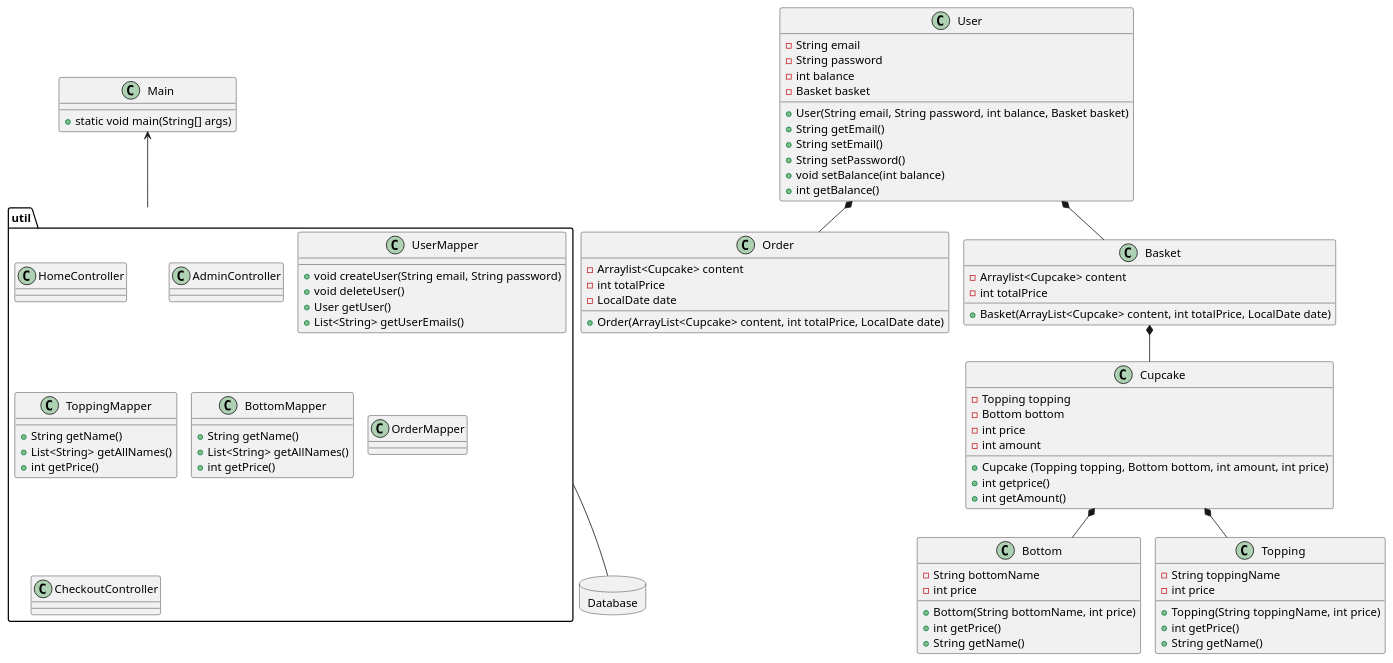
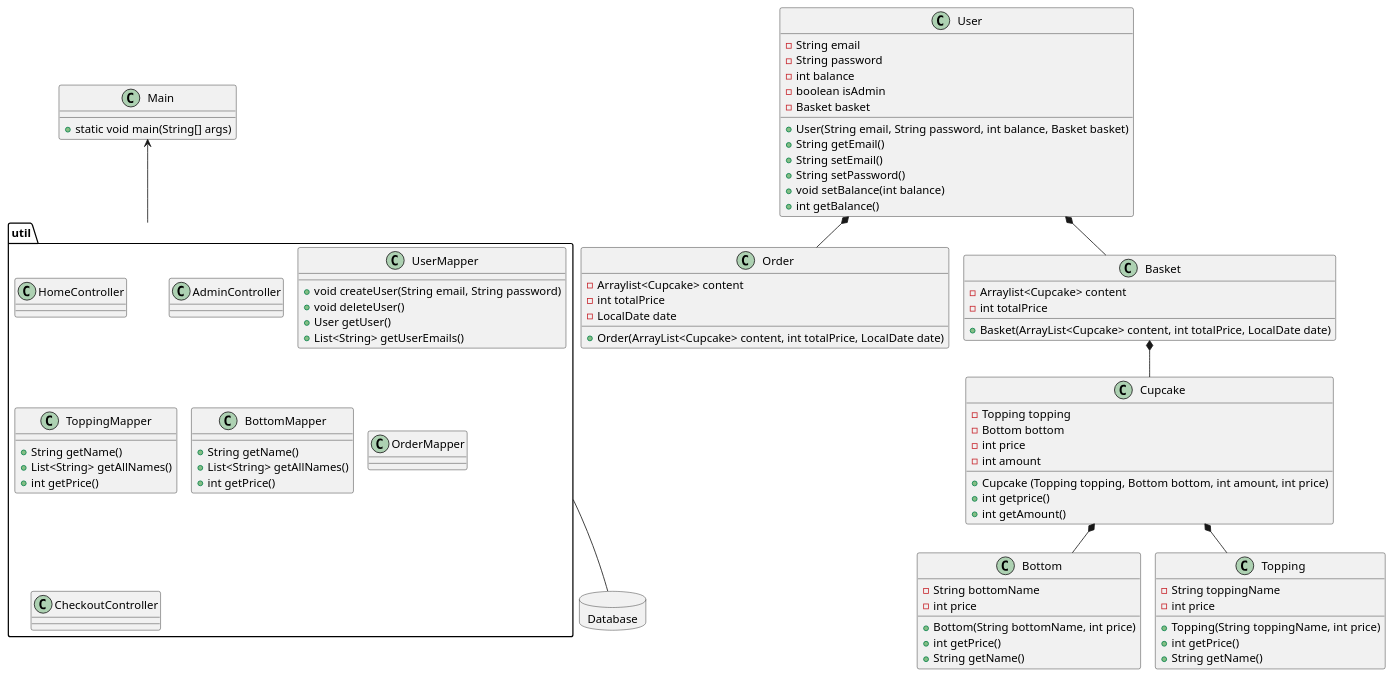
Before and after one commit to ThorSchou/Cupcake: the diagram in doc/classDiagram.puml, drawn with PlantUML. The commit also changed 4 other files, not shown here.

```diff
--- a/doc/classDiagram.puml
+++ b/doc/classDiagram.puml
@@ -1,106 +1,107 @@
 @startuml
 
 !pragma layout smetana
 
 class Main{
    +static void main(String[] args)
 }
 
 database Database{
 }
 
 class Cupcake{
 -Topping topping
 -Bottom bottom
 -int price
 -int amount
 +Cupcake (Topping topping, Bottom bottom, int amount, int price)
 +int getprice()
 +int getAmount()
 }
 
 class Bottom{
 -String bottomName
 -int price
 +Bottom(String bottomName, int price)
 +int getPrice()
 +String getName()
 }
 
 class Topping{
 -String toppingName
 -int price
 +Topping(String toppingName, int price)
 +int getPrice()
 +String getName()
 }
 
 class User{
 -String email
 -String password
 -int balance
+-boolean isAdmin
 -Basket basket
 +User(String email, String password, int balance, Basket basket)
 +String getEmail()
 +String setEmail()
 +String setPassword()
 +void setBalance(int balance)
 +int getBalance()
 }
 
 class Order{
 -Arraylist<Cupcake> content
 -int totalPrice
 -LocalDate date
 +Order(ArrayList<Cupcake> content, int totalPrice, LocalDate date)
 }
 
 class Basket{
 -Arraylist<Cupcake> content
 -int totalPrice
 +Basket(ArrayList<Cupcake> content, int totalPrice, LocalDate date)
 }
 
 package "util"{
 class HomeController{
 
 }
 class AdminController{
 
 }
 class UserMapper{
 + void createUser(String email, String password)
 + void deleteUser()
 + User getUser()
 + List<String> getUserEmails()
 }
 class ToppingMapper{
 + String getName()
 + List<String> getAllNames()
 + int getPrice()
 }
 class BottomMapper{
 + String getName()
 + List<String> getAllNames()
 + int getPrice()
 }
 class OrderMapper{
 
 }
 class HomeController{
 
 }
 class CheckoutController{
 }
 }
 
 Cupcake *-- Bottom
 Cupcake *-- Topping
 Basket *-- Cupcake
 User *-- Basket
 User *-- Order
 util --- Database
 Main <-- util
 
 
 @enduml
```
